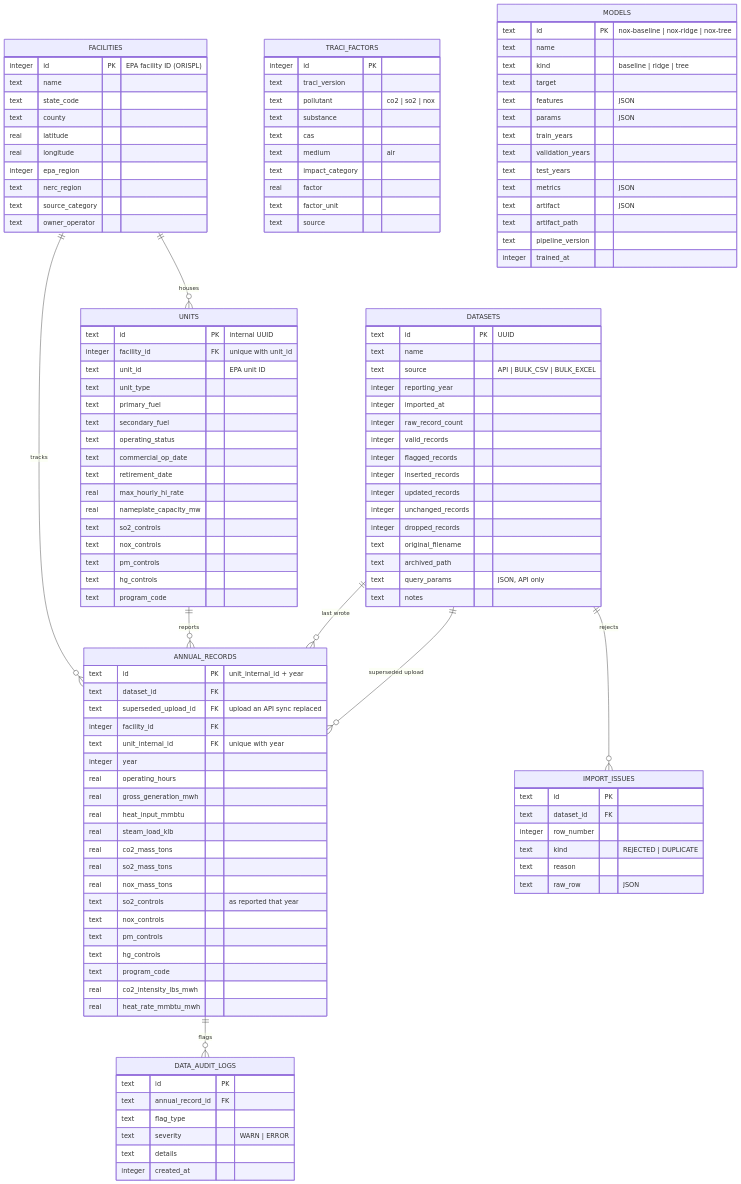
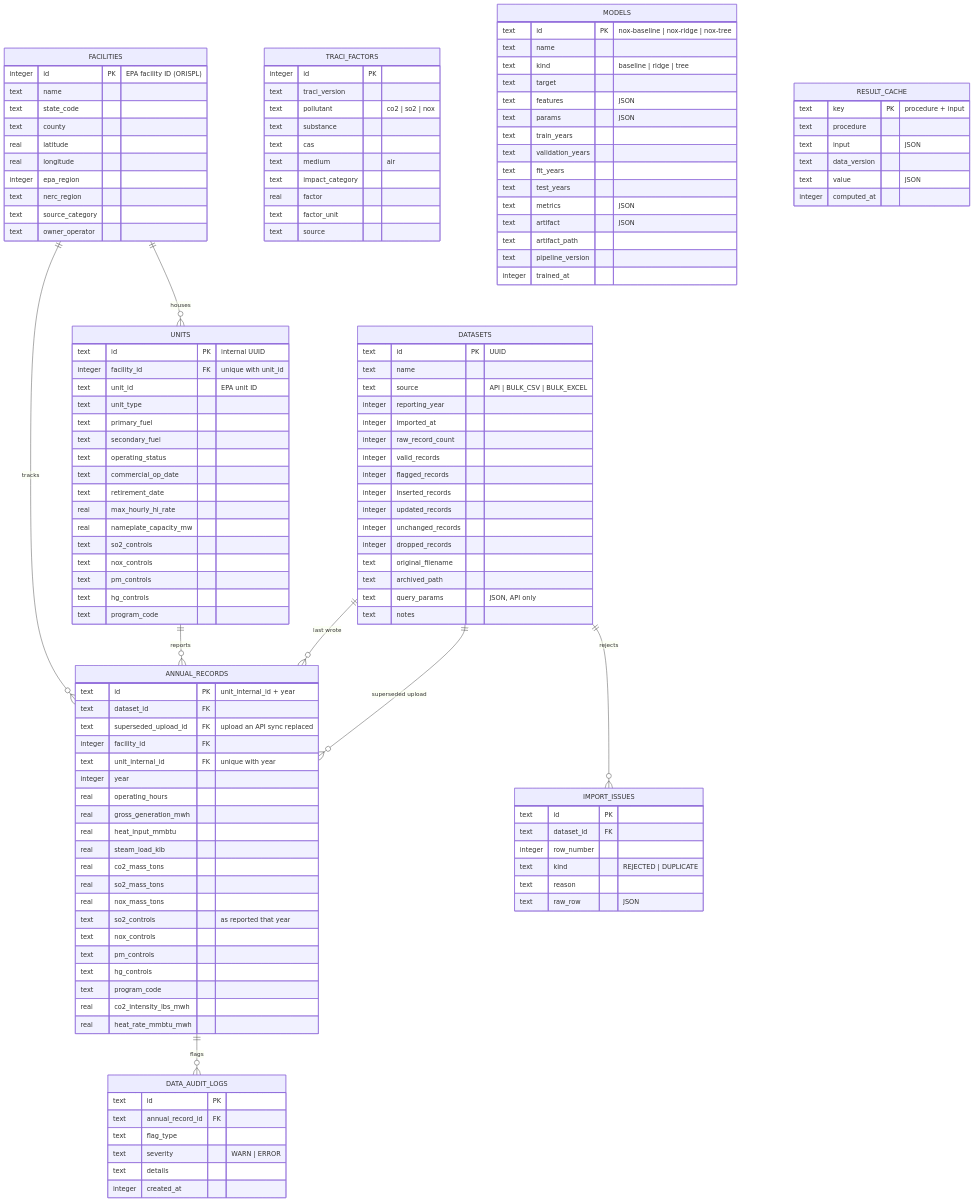
One commit to raajbanga/epaData changed the second of 2 diagrams in README.md. Above: the diagram before and after it, drawn with Mermaid. The commit also changed other lines of this file and 109 other files, not shown here.

````diff
--- a/README.md
+++ b/README.md
@@ -216,6 +216,7 @@
         text params "JSON"
         text train_years
         text validation_years
+        text fit_years
         text test_years
         text metrics "JSON"
         text artifact "JSON"
@@ -223,4 +224,13 @@
         text pipeline_version
         integer trained_at
     }
+
+    RESULT_CACHE {
+        text key PK "procedure + input"
+        text procedure
+        text input "JSON"
+        text data_version
+        text value "JSON"
+        integer computed_at
+    }
 ```
````
